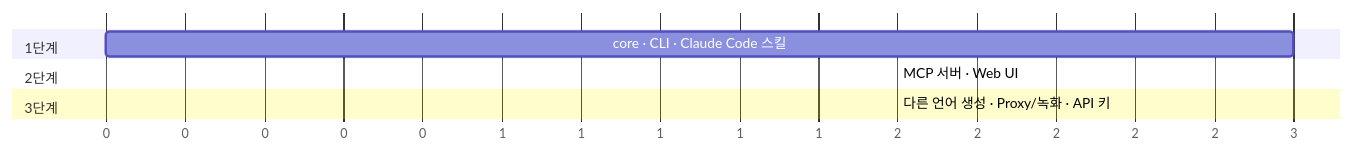
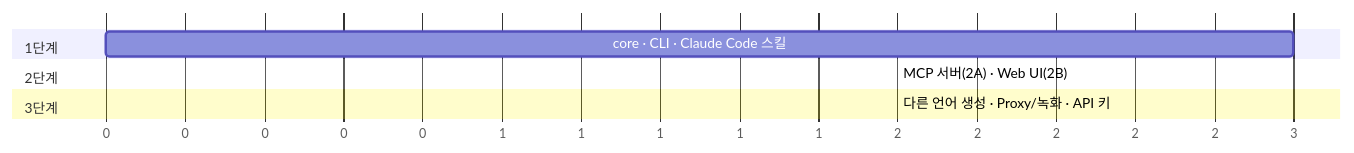
One commit to geonhos/specmock changed the ninth of 9 diagrams in docs/architecture.md. Above: the diagram before and after it, drawn with Mermaid. The commit also changed other lines of this file and 3 other files, not shown here.

````diff
--- a/docs/architecture.md
+++ b/docs/architecture.md
@@ -142,11 +176,11 @@
 ```mermaid
 gantt
     dateFormat  X
     axisFormat  %s
     section 1단계
     core · CLI · Claude Code 스킬        :a1, 0, 3
     section 2단계
-    MCP 서버 · Web UI                    :a2, after a1, 2
+    MCP 서버(2A) · Web UI(2B)            :a2, after a1, 2
     section 3단계
     다른 언어 생성 · Proxy/녹화 · API 키 :a3, after a2, 2
 ```
````
